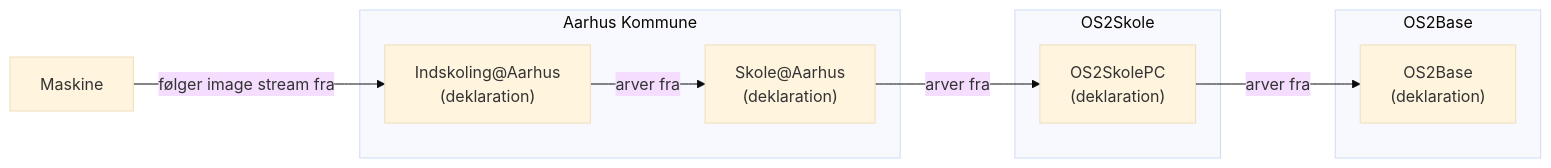
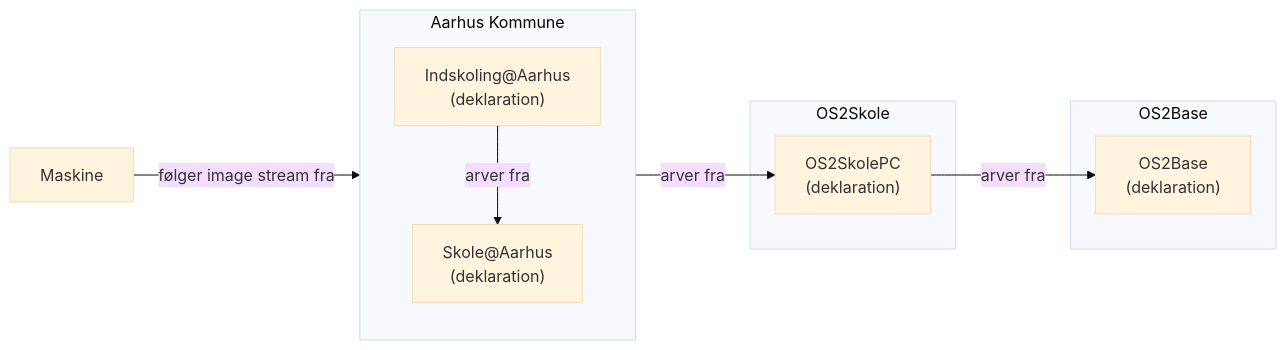
The third of 9 diagrams in presentation/slides.md (0xf1e/os2fri-dokumentation), drawn with Mermaid (base theme) before and after one commit. The commit also changed other lines of this file, not shown here.

```diff
--- a/presentation/slides.md
+++ b/presentation/slides.md
@@ -99,18 +99,19 @@
 <div class="mermaid">
 flowchart LR
     Machine["Maskine"]
     subgraph ownerOS2Base ["OS2Base"]
         OS2BaseDecl["OS2Base\n(deklaration)"]
     end
     subgraph ownerOS2Skole ["OS2Skole"]
         OS2SkolePcDecl["OS2SkolePC\n(deklaration)"]
     end
     subgraph ownerAarhus ["Aarhus Kommune"]
+        direction TB
         SkoleAtAarhusDecl["Skole@Aarhus\n(deklaration)"]
         IndskolingAtAarhusDecl["Indskoling@Aarhus\n(deklaration)"]
     end
     Machine -->|følger image stream fra| IndskolingAtAarhusDecl
     IndskolingAtAarhusDecl -->|arver fra| SkoleAtAarhusDecl
     SkoleAtAarhusDecl -->|arver fra| OS2SkolePcDecl
     OS2SkolePcDecl -->|arver fra| OS2BaseDecl
 </div>
```
